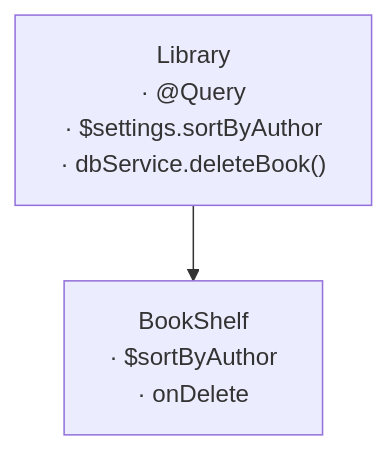
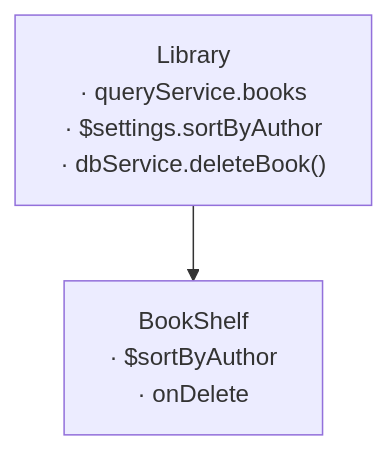
Before and after one commit to sisoje/hypermodular: the fourth of 8 diagrams in hypermodular/SKILL.md, drawn with Mermaid. The commit also changed other lines of this file and 26 other files, not shown here.

````diff
--- a/hypermodular/SKILL.md
+++ b/hypermodular/SKILL.md
@@ -234,5 +239,5 @@
 ```mermaid
 %% Root: Library · Parent: Tabs (../MAP.md)
 flowchart TD
-    Library["Library<br/>· @Query<br/>· $settings.sortByAuthor<br/>· dbService.deleteBook()"] --> BookShelf["BookShelf<br/>· $sortByAuthor<br/>· onDelete"]
+    Library["Library<br/>· queryService.books<br/>· $settings.sortByAuthor<br/>· dbService.deleteBook()"] --> BookShelf["BookShelf<br/>· $sortByAuthor<br/>· onDelete"]
 ```
````
